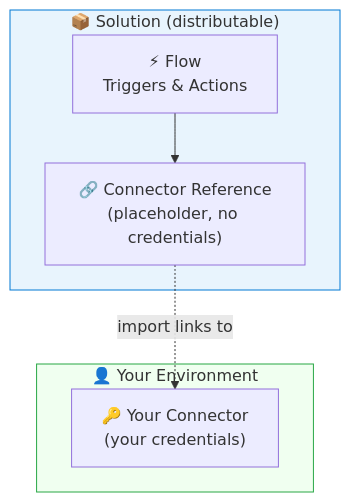
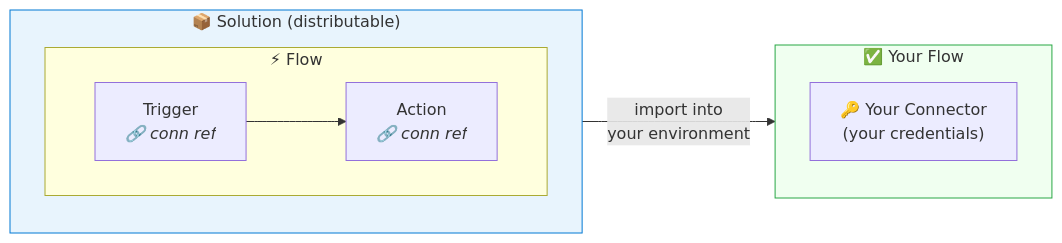
The first of 4 diagrams in POWER-AUTOMATE-IMPORT.md (johantre/ms-outlook-invite), drawn with Mermaid before and after one commit. The commit also changed other lines of this file, not shown here.

Commit message:
More pleasant to read

````diff
--- a/POWER-AUTOMATE-IMPORT.md
+++ b/POWER-AUTOMATE-IMPORT.md
@@ -7,17 +7,19 @@
 ```mermaid
-flowchart TB
+flowchart LR
     subgraph SOLUTION ["📦 Solution (distributable)"]
-        FLOW["⚡ Flow<br/>Triggers & Actions"]
-        CONNREF["🔗 Connector Reference<br/>(placeholder, no credentials)"]
+        subgraph FLOW ["⚡ Flow"]
+            TRIGGER["Trigger<br/><i>🔗 conn ref</i>"]
+            ACTION["Action<br/><i>🔗 conn ref</i>"]
+            TRIGGER --> ACTION
+        end
     end
 
-    subgraph USER ["👤 Your Environment"]
+    SOLUTION -->|"import into<br/>your environment"| RESULT
+
+    subgraph RESULT ["✅ Your Flow"]
         CONN["🔑 Your Connector<br/>(your credentials)"]
     end
 
-    FLOW --> CONNREF
-    CONNREF -.->|"import links to"| CONN
-
     style SOLUTION fill:#e8f4fd,stroke:#0078d4
-    style USER fill:#f0fff0,stroke:#28a745
+    style RESULT fill:#f0fff0,stroke:#28a745
 ```
````
